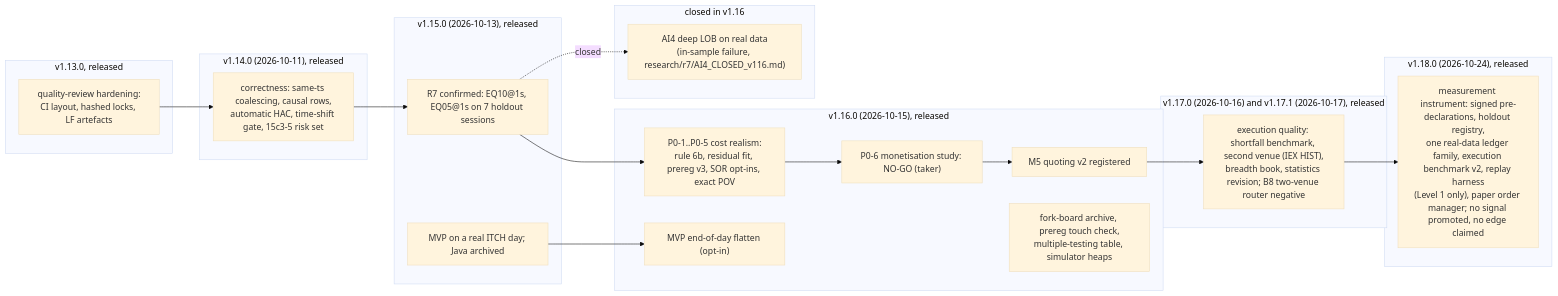
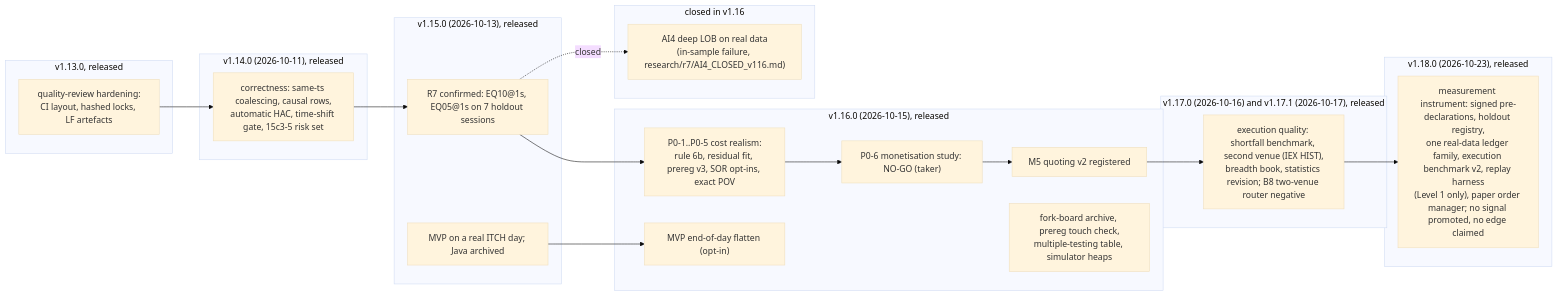
The diagram in docs/diagrams/release_roadmap_v113_v116.mmd (AshJha0/intraday-alpha-platform), drawn with Mermaid (base theme) before and after one commit. The commit also changed 19 other files, not shown here.

```diff
--- a/docs/diagrams/release_roadmap_v113_v116.mmd
+++ b/docs/diagrams/release_roadmap_v113_v116.mmd
@@ -1,31 +1,31 @@
 flowchart LR
     %% Release roadmap v1.13 to v1.16. Source: CHANGELOG.md (v1.13.0 to v1.18.0). Sibling of release_roadmap_v19_v111.mmd.
     subgraph V113["v1.13.0, released"]
         H["quality-review hardening:<br/>CI layout, hashed locks, LF artefacts"]
     end
     subgraph V114["v1.14.0 (2026-10-11), released"]
         C["correctness: same-ts coalescing, causal rows,<br/>automatic HAC, time-shift gate, 15c3-5 risk set"]
     end
     subgraph V115["v1.15.0 (2026-10-13), released"]
         R7["R7 confirmed: EQ10@1s, EQ05@1s on 7 holdout sessions"]
         MR["MVP on a real ITCH day; Java archived"]
     end
     subgraph V116["v1.16.0 (2026-10-15), released"]
         P0["P0-1..P0-5 cost realism:<br/>rule 6b, residual fit, prereg v3, SOR opt-ins, exact POV"]
         P6["P0-6 monetisation study: NO-GO (taker)"]
         QV2["M5 quoting v2 registered"]
         EOD["MVP end-of-day flatten (opt-in)"]
         GV["fork-board archive, prereg touch check,<br/>multiple-testing table, simulator heaps"]
     end
     subgraph V117["v1.17.0 (2026-10-16) and v1.17.1 (2026-10-17), released"]
         XQ["execution quality: shortfall benchmark, second venue (IEX HIST),<br/>breadth book, statistics revision; B8 two-venue router negative"]
     end
-    subgraph V118["v1.18.0 (2026-10-24), released"]
+    subgraph V118["v1.18.0 (2026-10-23), released"]
         INS["measurement instrument: signed pre-declarations, holdout registry,<br/>one real-data ledger family, execution benchmark v2, replay harness<br/>(Level 1 only), paper order manager; no signal promoted, no edge claimed"]
     end
     subgraph DEF["closed in v1.16"]
         AI4["AI4 deep LOB on real data<br/>(in-sample failure, research/r7/AI4_CLOSED_v116.md)"]
     end
     H --> C --> R7 --> P0 --> P6 --> QV2 --> XQ --> INS
     MR --> EOD
     R7 -. "closed" .-> AI4
```
